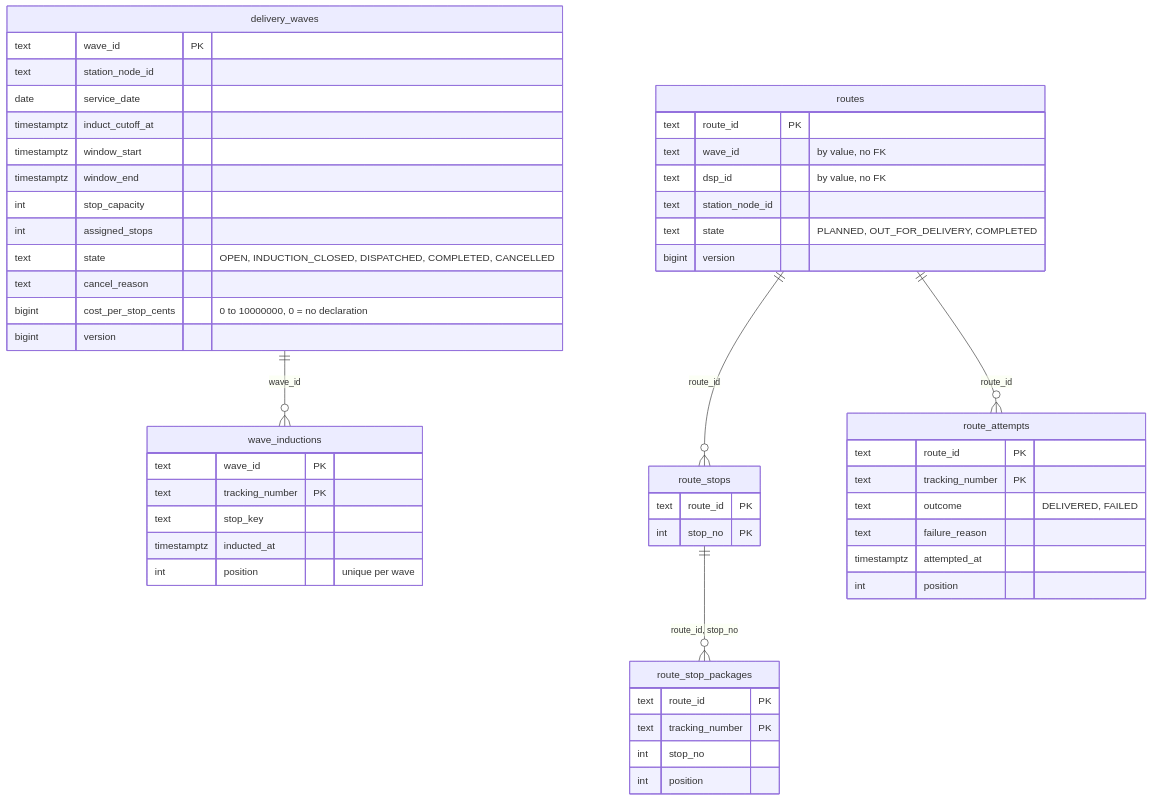
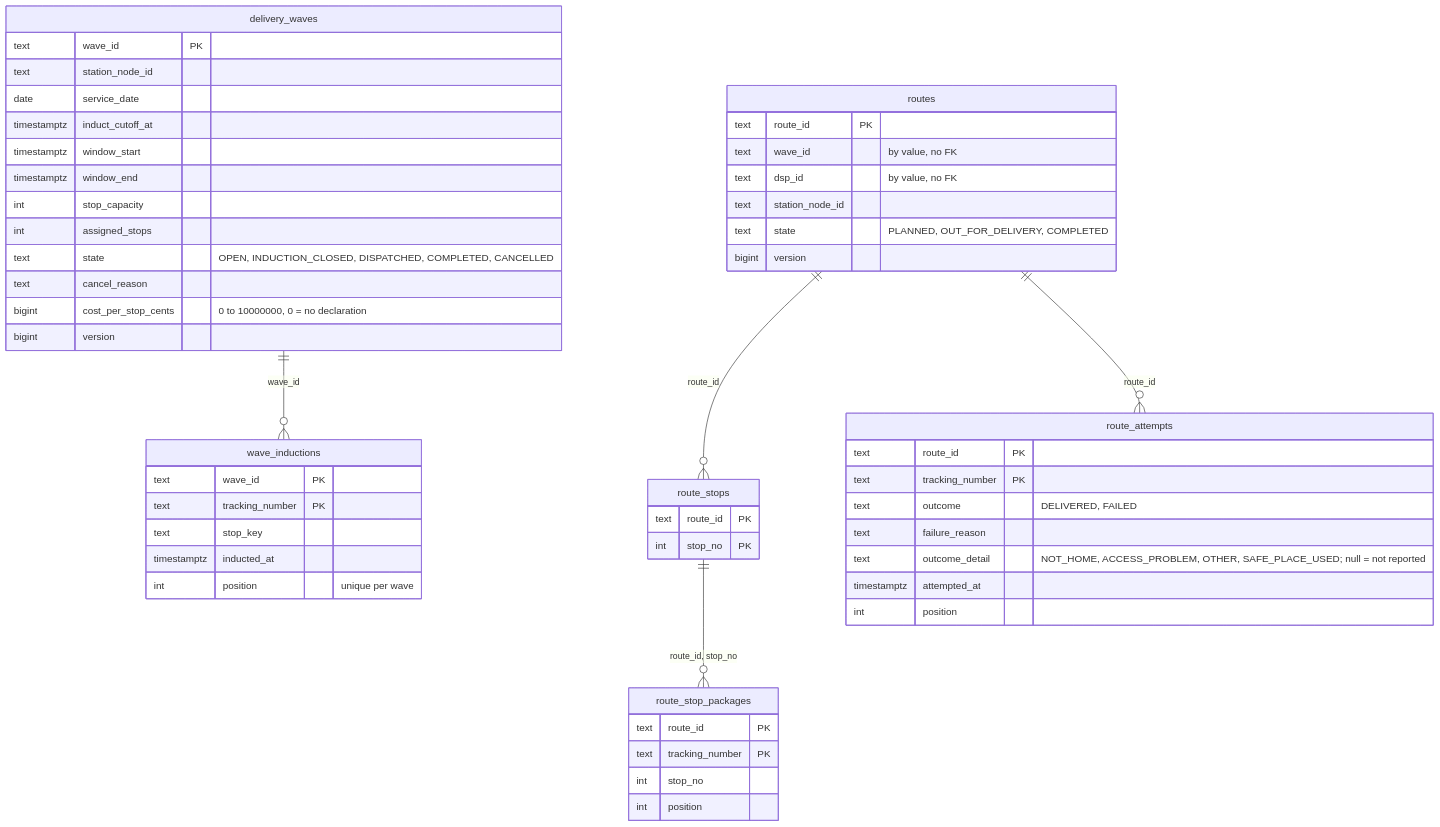
The first of 5 diagrams in docs/docs/ddd/entity-relationship.md (IQVO/last-mile-delivery), drawn with Mermaid before and after one commit. The commit also changed other lines of this file and 90 other files, not shown here.

````diff
--- a/docs/docs/ddd/entity-relationship.md
+++ b/docs/docs/ddd/entity-relationship.md
@@ -19,55 +19,56 @@
 ```mermaid
 erDiagram
     delivery_waves ||--o{ wave_inductions : "wave_id"
     routes ||--o{ route_stops : "route_id"
     route_stops ||--o{ route_stop_packages : "route_id, stop_no"
     routes ||--o{ route_attempts : "route_id"
 
     delivery_waves {
         text wave_id PK
         text station_node_id
         date service_date
         timestamptz induct_cutoff_at
         timestamptz window_start
         timestamptz window_end
         int stop_capacity
         int assigned_stops
         text state "OPEN, INDUCTION_CLOSED, DISPATCHED, COMPLETED, CANCELLED"
         text cancel_reason
         bigint cost_per_stop_cents "0 to 10000000, 0 = no declaration"
         bigint version
     }
     wave_inductions {
         text wave_id PK
         text tracking_number PK
         text stop_key
         timestamptz inducted_at
         int position "unique per wave"
     }
     routes {
         text route_id PK
         text wave_id "by value, no FK"
         text dsp_id "by value, no FK"
         text station_node_id
         text state "PLANNED, OUT_FOR_DELIVERY, COMPLETED"
         bigint version
     }
     route_stops {
         text route_id PK
         int stop_no PK
     }
     route_stop_packages {
         text route_id PK
         text tracking_number PK
         int stop_no
         int position
     }
     route_attempts {
         text route_id PK
         text tracking_number PK
         text outcome "DELIVERED, FAILED"
         text failure_reason
+        text outcome_detail "NOT_HOME, ACCESS_PROBLEM, OTHER, SAFE_PLACE_USED; null = not reported"
         timestamptz attempted_at
         int position
     }
 ```
````
